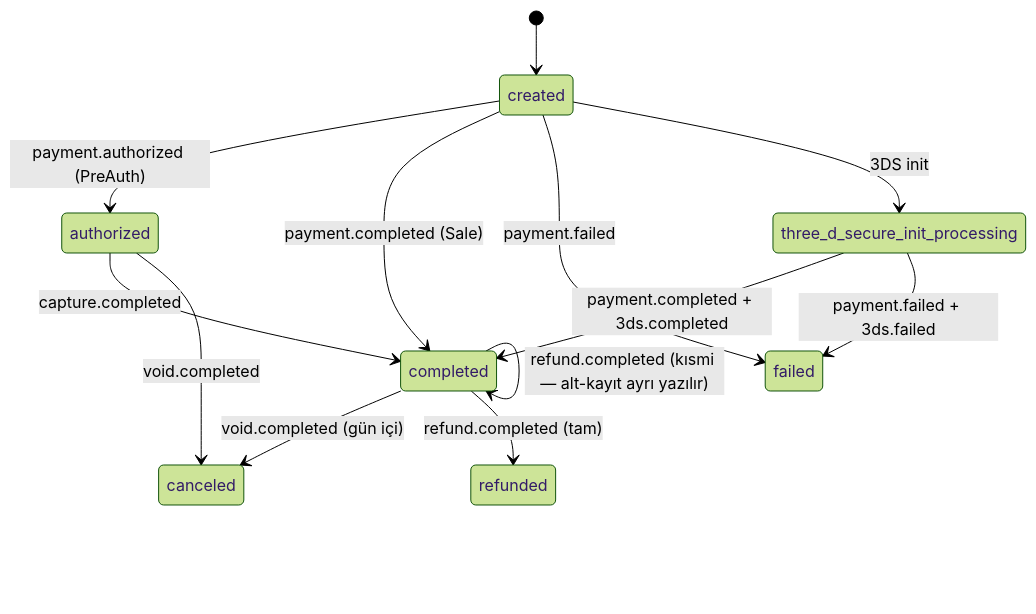
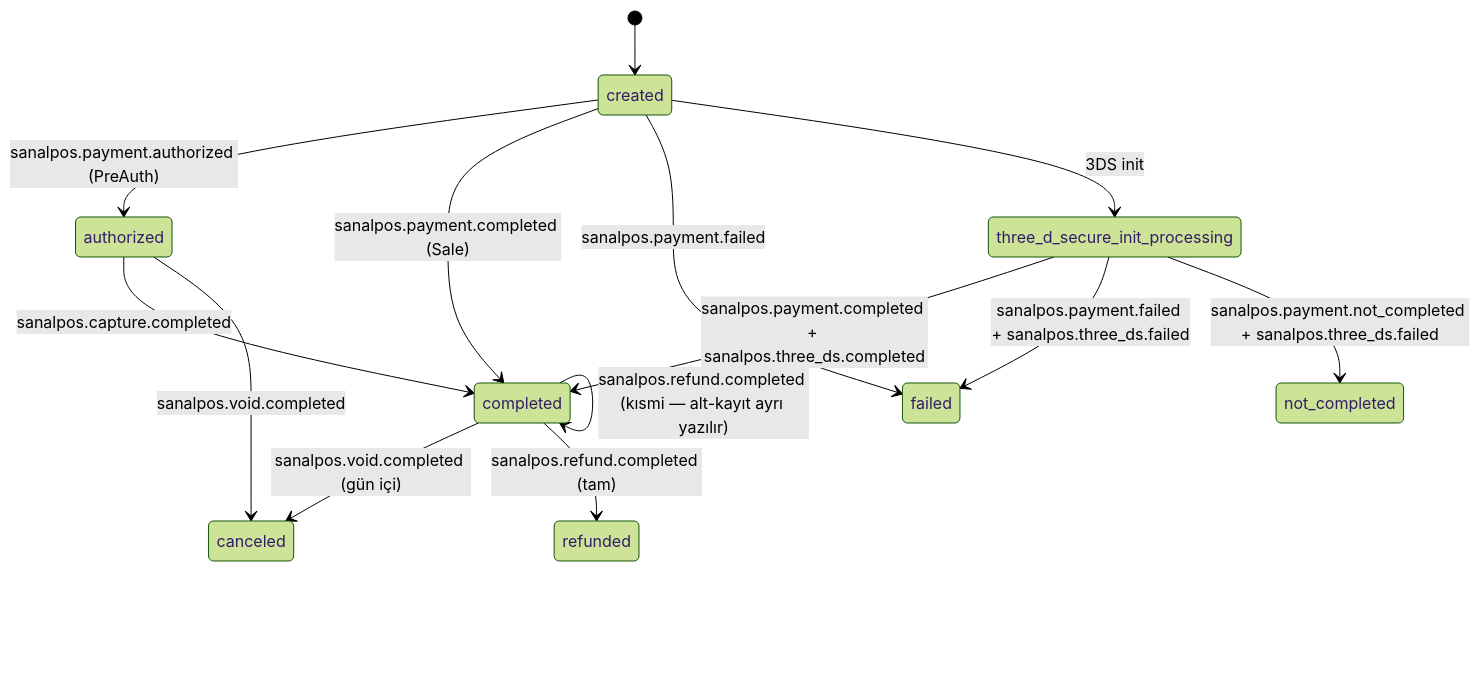
Before and after one commit to payment-pos/mintlify: the diagram in sanal-pos/webhooks/events.mdx, drawn with Mermaid (forest theme). The commit also changed other lines of this file and 43 other files, not shown here.

````diff
--- a/sanal-pos/webhooks/events.mdx
+++ b/sanal-pos/webhooks/events.mdx
@@ -266,15 +299,16 @@
 ```mermaid
 stateDiagram-v2
     [*] --> created
-    created --> authorized: payment.authorized (PreAuth)
-    created --> completed: payment.completed (Sale)
-    created --> failed: payment.failed
+    created --> authorized: sanalpos.payment.authorized (PreAuth)
+    created --> completed: sanalpos.payment.completed (Sale)
+    created --> failed: sanalpos.payment.failed
     created --> three_d_secure_init_processing: 3DS init
-    three_d_secure_init_processing --> completed: payment.completed + 3ds.completed
-    three_d_secure_init_processing --> failed: payment.failed + 3ds.failed
-    authorized --> completed: capture.completed
-    authorized --> canceled: void.completed
-    completed --> canceled: void.completed (gün içi)
-    completed --> refunded: refund.completed (tam)
-    completed --> completed: refund.completed (kısmi — alt-kayıt ayrı yazılır)
+    three_d_secure_init_processing --> completed: sanalpos.payment.completed + sanalpos.three_ds.completed
+    three_d_secure_init_processing --> failed: sanalpos.payment.failed + sanalpos.three_ds.failed
+    three_d_secure_init_processing --> not_completed: sanalpos.payment.not_completed + sanalpos.three_ds.failed
+    authorized --> completed: sanalpos.capture.completed
+    authorized --> canceled: sanalpos.void.completed
+    completed --> canceled: sanalpos.void.completed (gün içi)
+    completed --> refunded: sanalpos.refund.completed (tam)
+    completed --> completed: sanalpos.refund.completed (kısmi — alt-kayıt ayrı yazılır)
 ```
````
